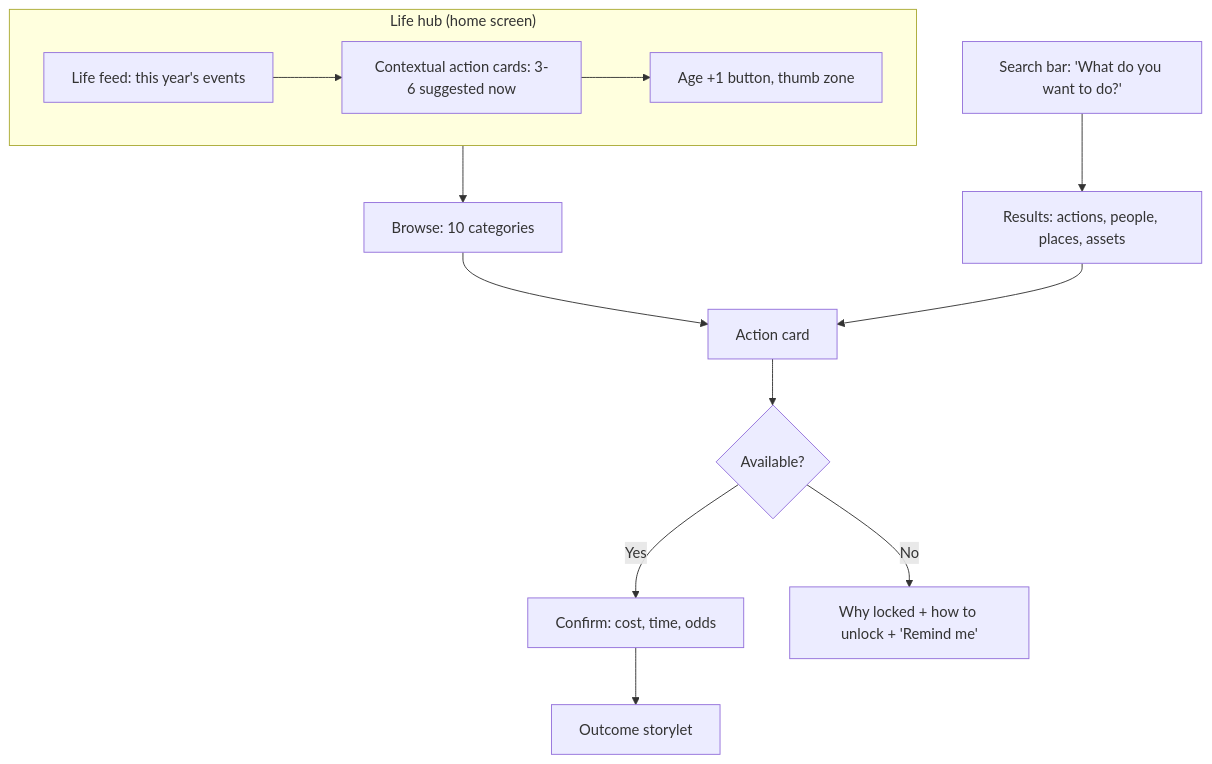
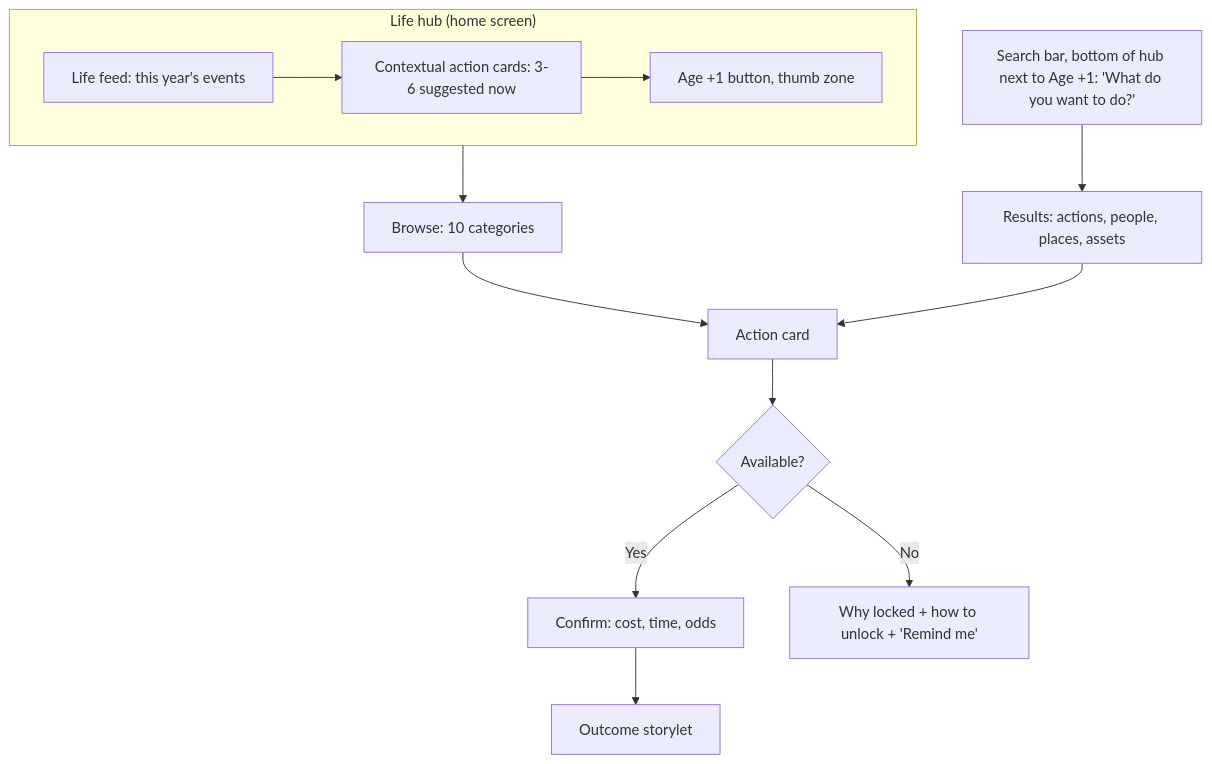
Before and after one commit to ZWITG/agent-weave-workbench: the third of 6 diagrams in docs/phase-1/04 App Breakdown - Social, Meta and Premium.md, drawn with Mermaid. The commit also changed other lines of this file and 4 other files, not shown here.

Commit message:
Add Relivable tech, compliance, GTM, roadmap and risk notes

````diff
--- a/docs/phase-1/04 App Breakdown - Social, Meta and Premium.md
+++ b/docs/phase-1/04 App Breakdown - Social, Meta and Premium.md
@@ -734,14 +734,14 @@
 ```mermaid
 flowchart TB
   subgraph Hub["Life hub (home screen)"]
     F[Life feed: this year's events] --> CC[Contextual action cards: 3-6 suggested now]
     CC --> AGE[Age +1 button, thumb zone]
   end
-  SB["Search bar: 'What do you want to do?'"] --> R[Results: actions, people, places, assets]
+  SB["Search bar, bottom of hub next to Age +1: 'What do you want to do?'"] --> R[Results: actions, people, places, assets]
   Hub --> CAT[Browse: 10 categories]
   CAT --> CARD[Action card]
   R --> CARD
   CARD --> L{Available?}
   L -- Yes --> DO[Confirm: cost, time, odds] --> OUT[Outcome storylet]
   L -- No --> WHY[Why locked + how to unlock + 'Remind me']
 ```
````
